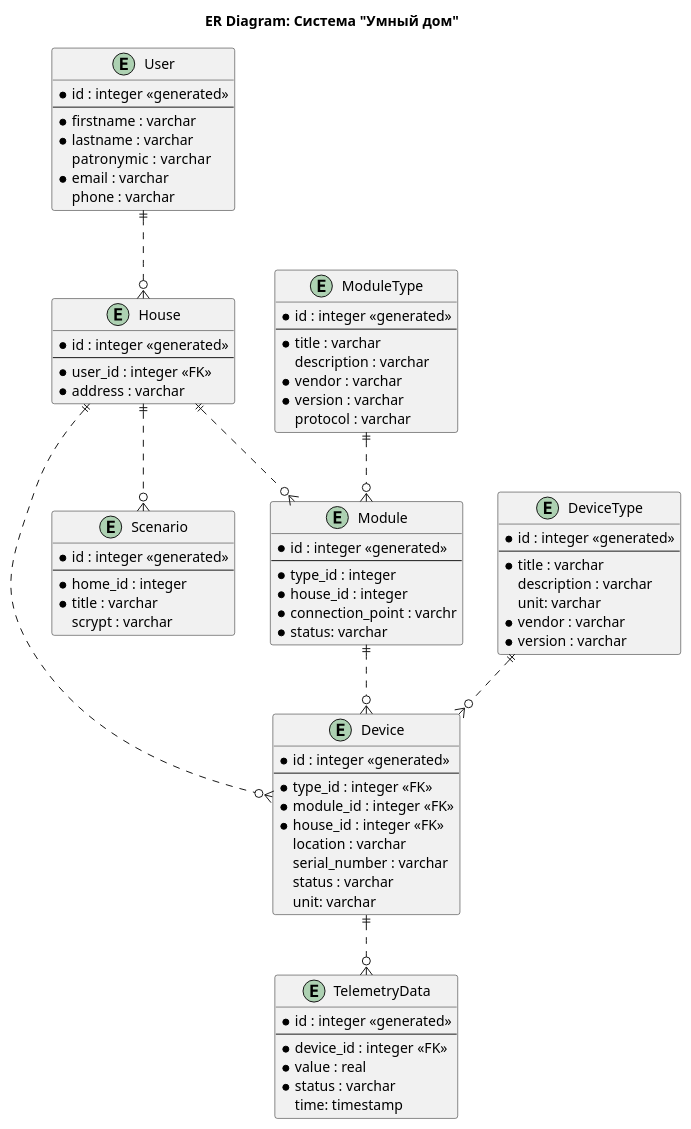
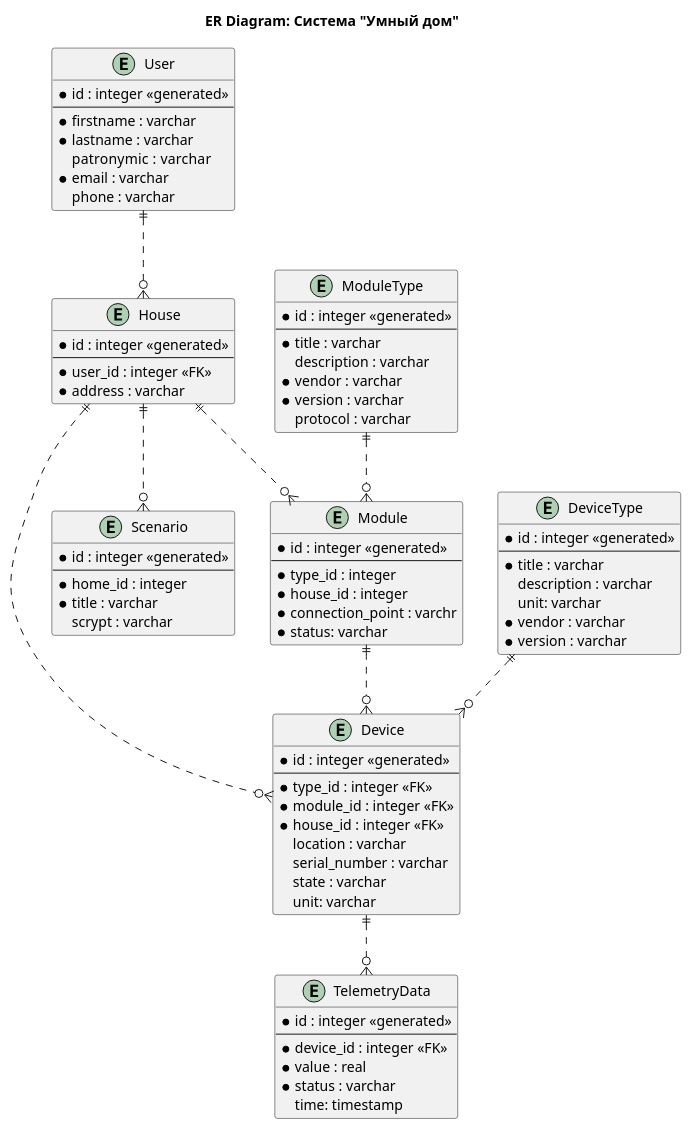
The diagram in schemas/ER/er_diagram.puml (zergnk/architecture-pro-warmhouse), drawn with PlantUML before and after one commit. The commit also changed 47 other files, not shown here.

```diff
--- a/schemas/ER/er_diagram.puml
+++ b/schemas/ER/er_diagram.puml
@@ -1,89 +1,89 @@
 @startuml
 title ER Diagram: Система "Умный дом"
 
 entity User {
     *id : integer <<generated>>
     --
     *firstname : varchar
     *lastname : varchar
     patronymic :  varchar
     *email : varchar
     phone : varchar
 }
 
 entity House {
     *id : integer <<generated>>
     --
     *user_id : integer <<FK>>
     *address : varchar
 }
 
 entity Device {
     *id : integer <<generated>>
     --
     *type_id : integer <<FK>>
     *module_id : integer <<FK>>
     *house_id : integer <<FK>>
     location : varchar
     serial_number : varchar
-    status : varchar
+    state : varchar
     unit: varchar
 }
 
 entity DeviceType {
     *id : integer <<generated>>
     --
     *title : varchar
     description : varchar
     unit: varchar
     *vendor : varchar
     *version : varchar
 }
 
 entity ModuleType {
     *id : integer <<generated>>
     --
     *title : varchar
     description : varchar
     *vendor : varchar
     *version : varchar
     protocol : varchar
 }
 
 entity Module {
     *id : integer <<generated>>
     --
     *type_id : integer
     *house_id : integer
     *connection_point : varchr
     *status: varchar
 }
 
 entity TelemetryData {
     *id : integer <<generated>>
     --
     *device_id : integer <<FK>>
     *value : real
     *status : varchar
     time: timestamp
 }
 
 entity Scenario {
     *id : integer <<generated>>
     --
     *home_id : integer
     *title : varchar
     scrypt : varchar
 }
 
 
 User ||..o{ House
 DeviceType ||..o{ Device
 House ||..o{ Device
 Device ||..o{ TelemetryData
 ModuleType ||..o{ Module
 Module ||..o{ Device
 House ||..o{ Module
 House ||..o{ Scenario
 
 @enduml
```
